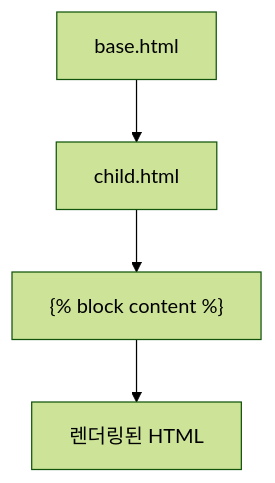
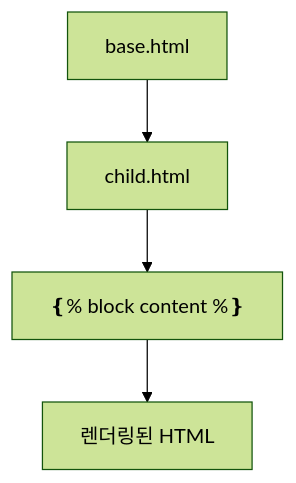
The diagram in 스터디/FastAPI/6FastAP_Jinja2.md (c0z0c/sprint_mission), drawn with Mermaid (forest theme) before and after one commit. The commit also changed other lines of this file and 6 other files, not shown here.

````diff
--- a/스터디/FastAPI/6FastAP_Jinja2.md
+++ b/스터디/FastAPI/6FastAP_Jinja2.md
@@ -240,6 +240,6 @@
 ```mermaid
 flowchart TD
 A["base.html"] --> B["child.html"]
-B --> C["{% block content %}"]
+B --> C["❴% block content %❵"]
 C --> D["렌더링된 HTML"]
 ```
````
